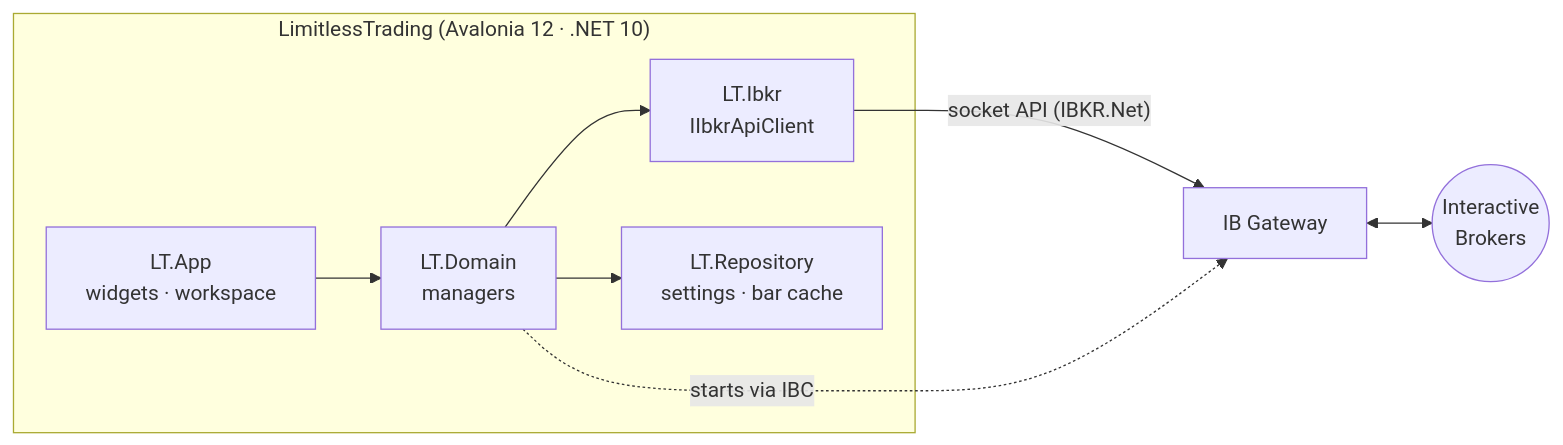
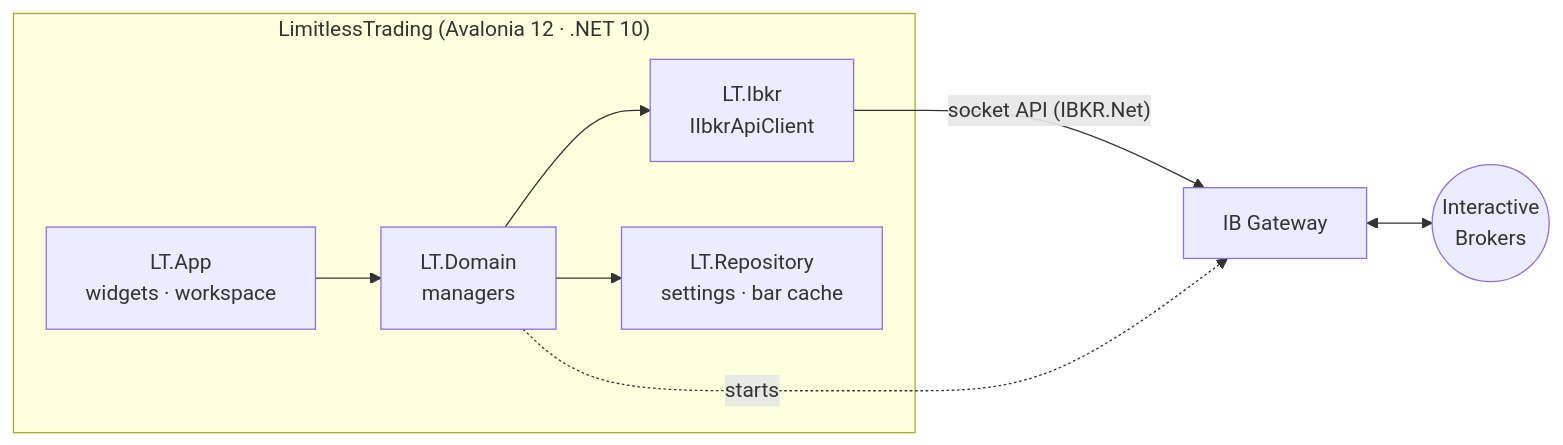
One commit to LimitlessSoft/LimitlessTrading changed the diagram in README.md. Above: the diagram before and after it, drawn with Mermaid. The commit also changed other lines of this file and 50 other files, not shown here.

````diff
--- a/README.md
+++ b/README.md
@@ -143,11 +146,11 @@
 ```mermaid
 flowchart LR
     subgraph App["LimitlessTrading (Avalonia 12 · .NET 10)"]
         UI["LT.App<br/>widgets · workspace"] --> Domain["LT.Domain<br/>managers"]
         Domain --> Ibkr["LT.Ibkr<br/>IIbkrApiClient"]
         Domain --> Repo["LT.Repository<br/>settings · bar cache"]
     end
     Ibkr -- "socket API (IBKR.Net)" --> GW["IB Gateway"]
-    Domain -. "starts via IBC" .-> GW
+    Domain -. "starts" .-> GW
     GW <--> IB(("Interactive<br/>Brokers"))
 ```
````
